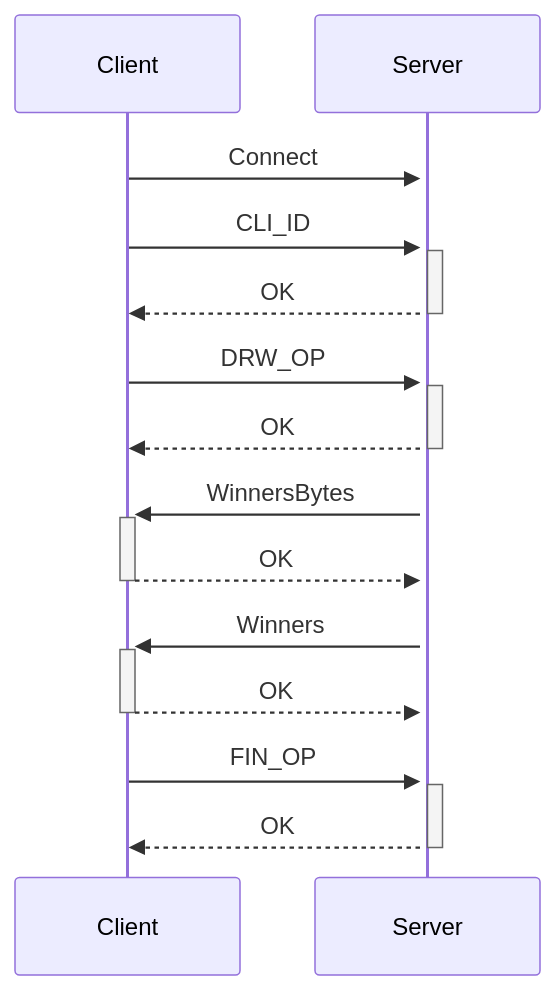
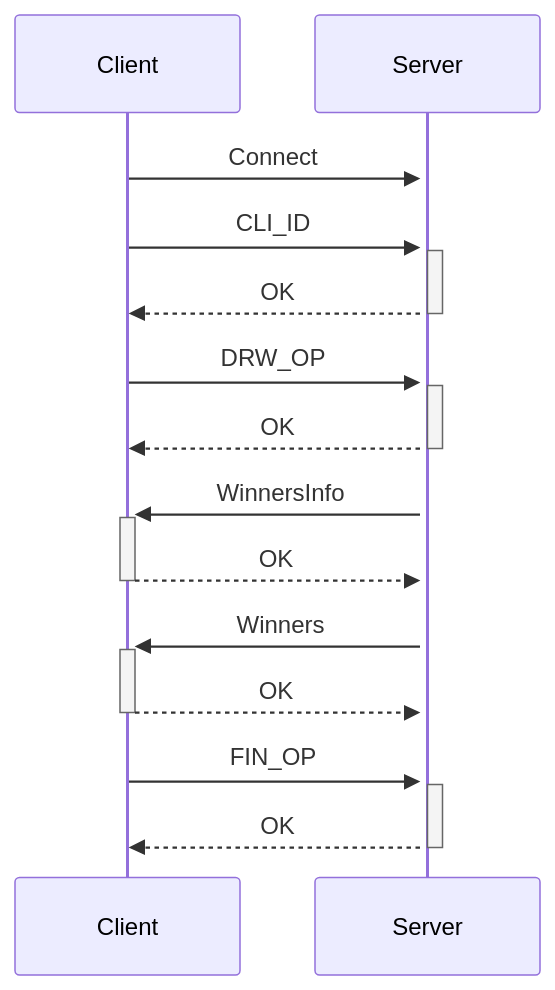
Before and after one commit to SBen-IV/tp0-base-sistemas-distribuidos-1: the second of 2 diagrams in README.md, drawn with Mermaid.

Commit message:
doc: change name to be consistent

````diff
--- a/README.md
+++ b/README.md
@@ -522,20 +522,20 @@
 ```mermaid
 sequenceDiagram
     participant C as Client
     participant S as Server
 
     C->>+S: Connect
 
     C->>+S: CLI_ID
     S-->>-C: OK
 
     C->>+S: DRW_OP
     S-->>-C: OK
-    S->>+C: WinnersBytes
+    S->>+C: WinnersInfo
     C-->>-S: OK
     S->>+C: Winners
     C-->>-S: OK
 
     C->>+S: FIN_OP
     S-->>-C: OK
 ```
````
